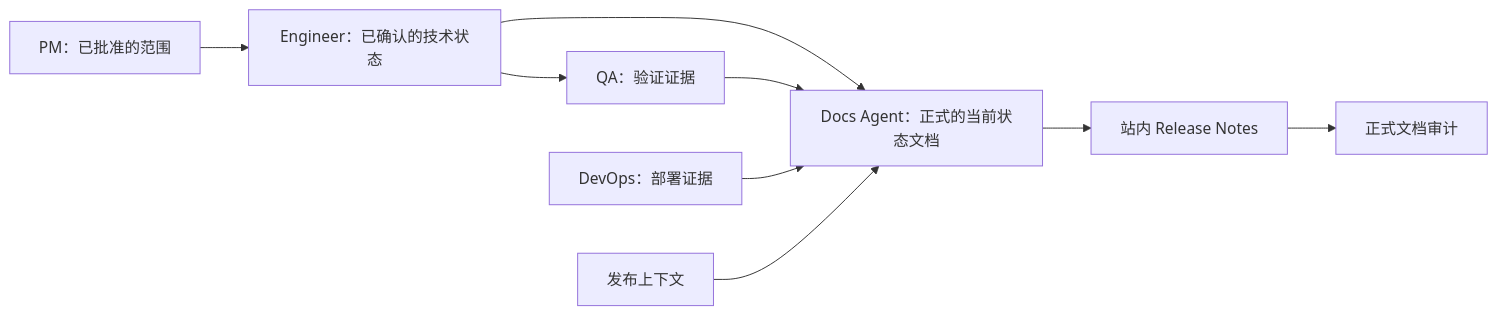
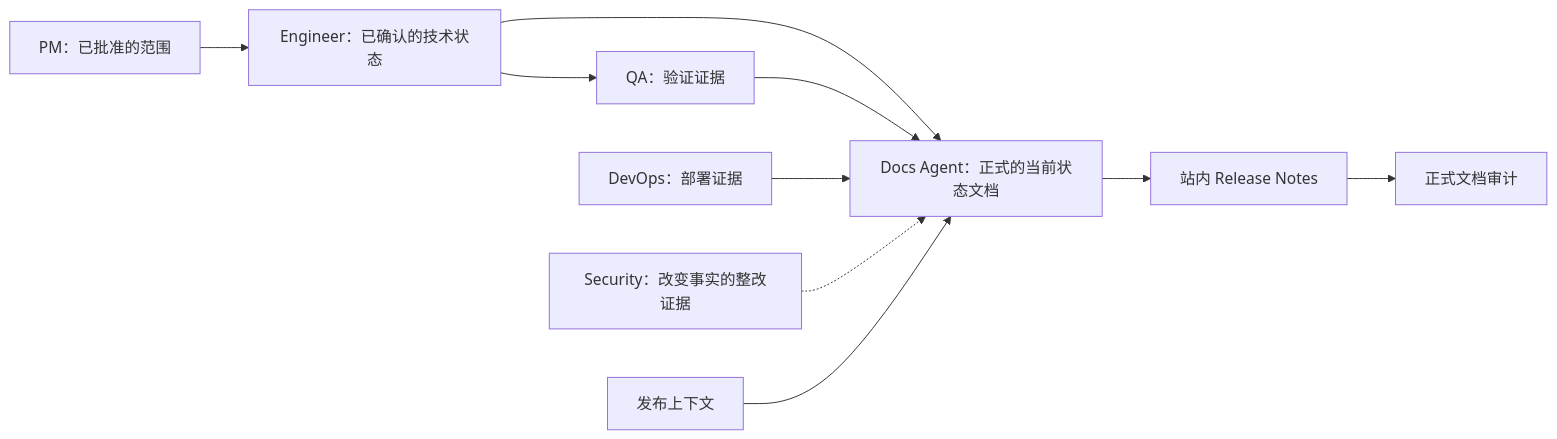
Before and after one commit to Neplich/dev-agent-skills: the diagram in agents/docs/README_zh.md, drawn with Mermaid. The commit also changed other lines of this file and 7 other files, not shown here.

````diff
--- a/agents/docs/README_zh.md
+++ b/agents/docs/README_zh.md
@@ -52,11 +52,12 @@
 ```mermaid
 flowchart LR
     PM["PM：已批准的范围"] --> Engineer["Engineer：已确认的技术状态"]
     Engineer --> QA["QA：验证证据"]
     Engineer --> Docs["Docs Agent：正式的当前状态文档"]
     QA --> Docs
     DevOps["DevOps：部署证据"] --> Docs
+    Security["Security：改变事实的整改证据"] -.-> Docs
     Release["发布上下文"] --> Docs
     Docs --> Notes["站内 Release Notes"]
     Notes --> Audit["正式文档审计"]
 ```
````
